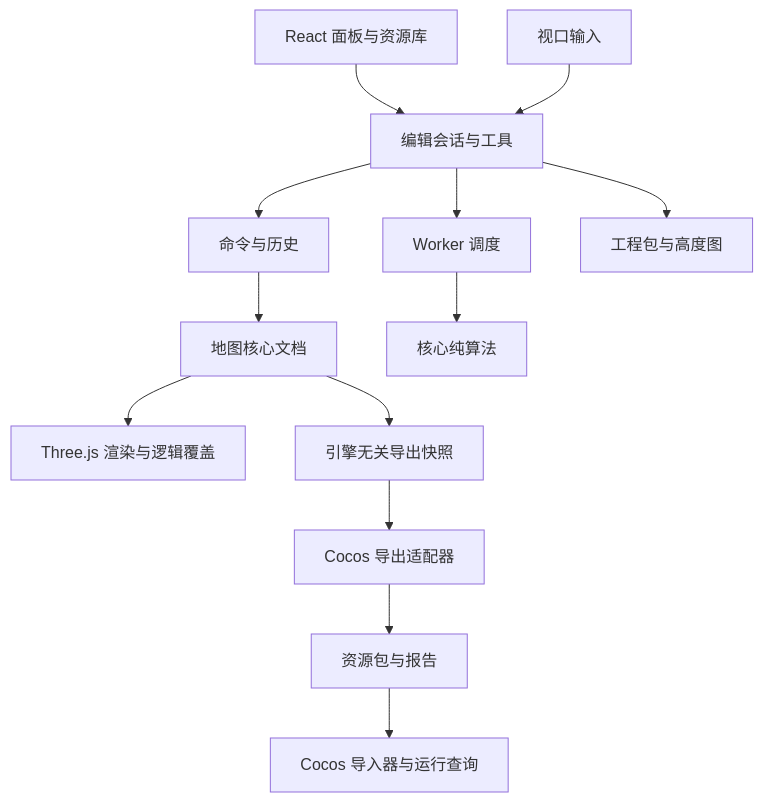
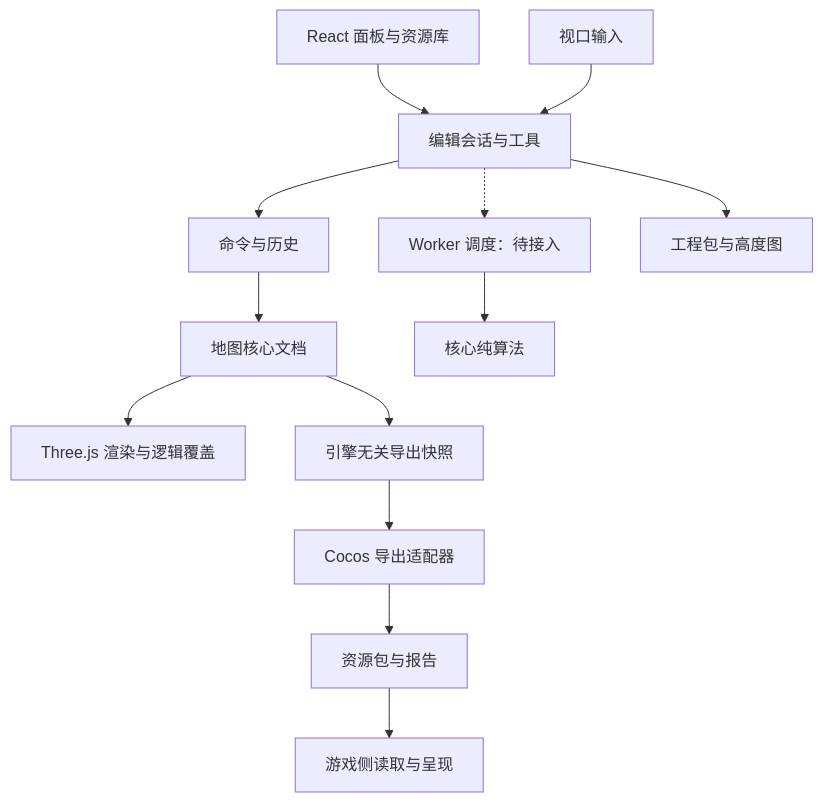
One commit to OliverZW/3dMapEditor changed the diagram in .agent/docs/technical-design.md. Above: the diagram before and after it, drawn with Mermaid. The commit also changed other lines of this file and 18 other files, not shown here.

````diff
--- a/.agent/docs/technical-design.md
+++ b/.agent/docs/technical-design.md
@@ -45,15 +37,15 @@
 ```mermaid
 flowchart TD
   UI[React 面板与资源库] --> APP[编辑会话与工具]
   INPUT[视口输入] --> APP
   APP --> CMD[命令与历史]
   CMD --> DOC[地图核心文档]
-  APP --> JOB[Worker 调度]
+  APP -.-> JOB[Worker 调度：待接入]
   JOB --> ALG[核心纯算法]
   DOC --> VIEW[Three.js 渲染与逻辑覆盖]
   APP --> PACK[工程包与高度图]
   DOC --> SNAP[引擎无关导出快照]
   SNAP --> ADAPTER[Cocos 导出适配器]
   ADAPTER --> ZIP[资源包与报告]
-  ZIP --> COCOS[Cocos 导入器与运行查询]
+  ZIP --> COCOS[游戏侧读取与呈现]
 ```
````
